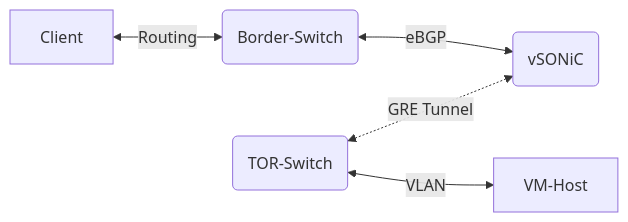
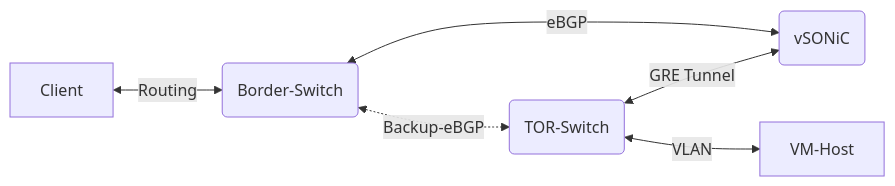
The second of 2 diagrams in README.md (microsoft/AzureStackWANSimulator), drawn with Mermaid before and after one commit. The commit also changed other lines of this file, not shown here.

````diff
--- a/README.md
+++ b/README.md
@@ -32,7 +43,8 @@
 ```mermaid
 flowchart LR
 A[Client] <--> |Routing| B(Border-Switch)
 B(Border-Switch) <--> |eBGP| D(vSONiC)
-C(TOR-Switch) <-.-> |GRE Tunnel| D(vSONiC)
+B(Border-Switch) <-.-> |Backup-eBGP| C(TOR-Switch)
+C(TOR-Switch) <--> |GRE Tunnel| D(vSONiC)
 C(TOR-Switch) <--> |VLAN| E[VM-Host]
 ```
````
